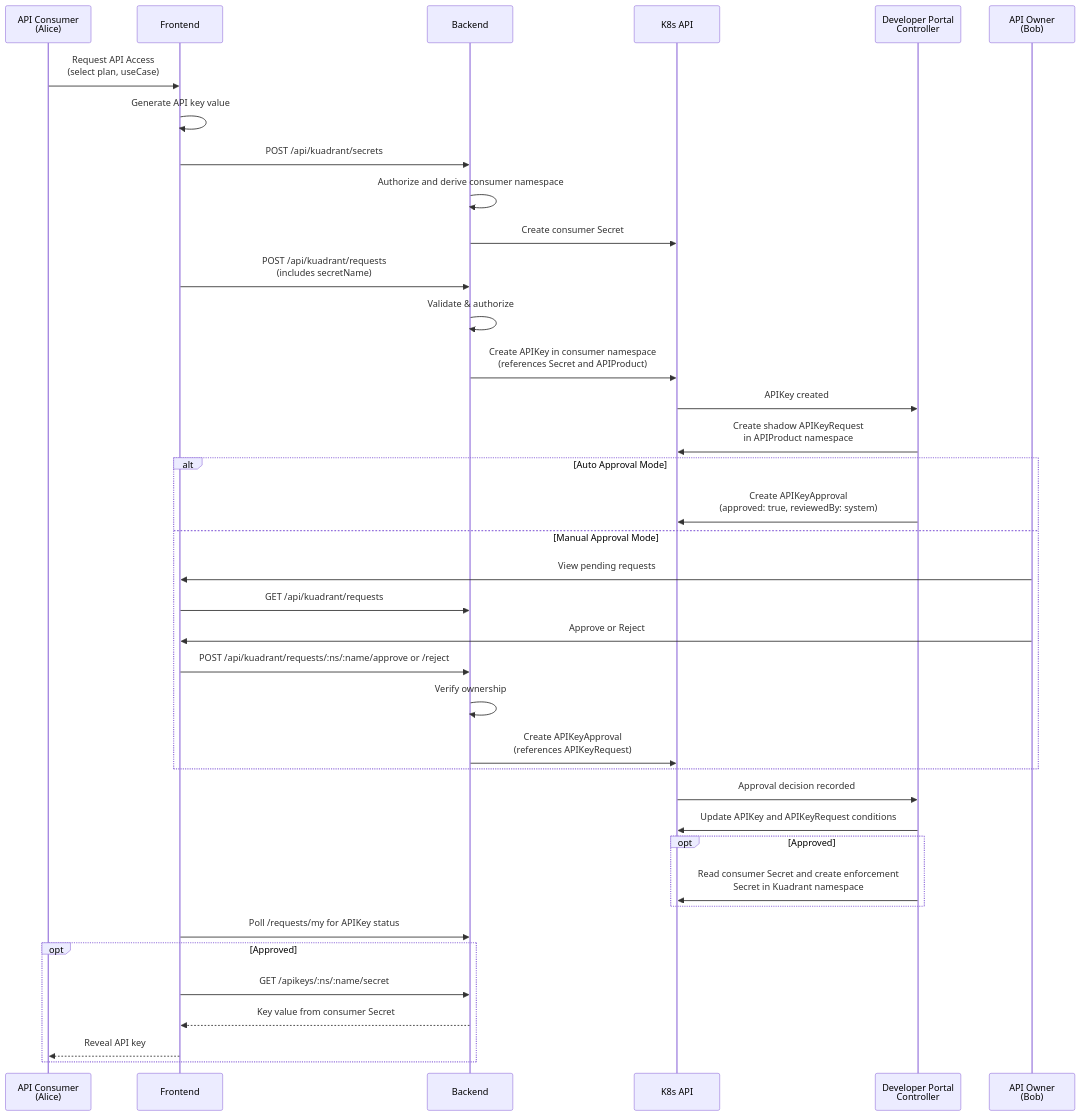
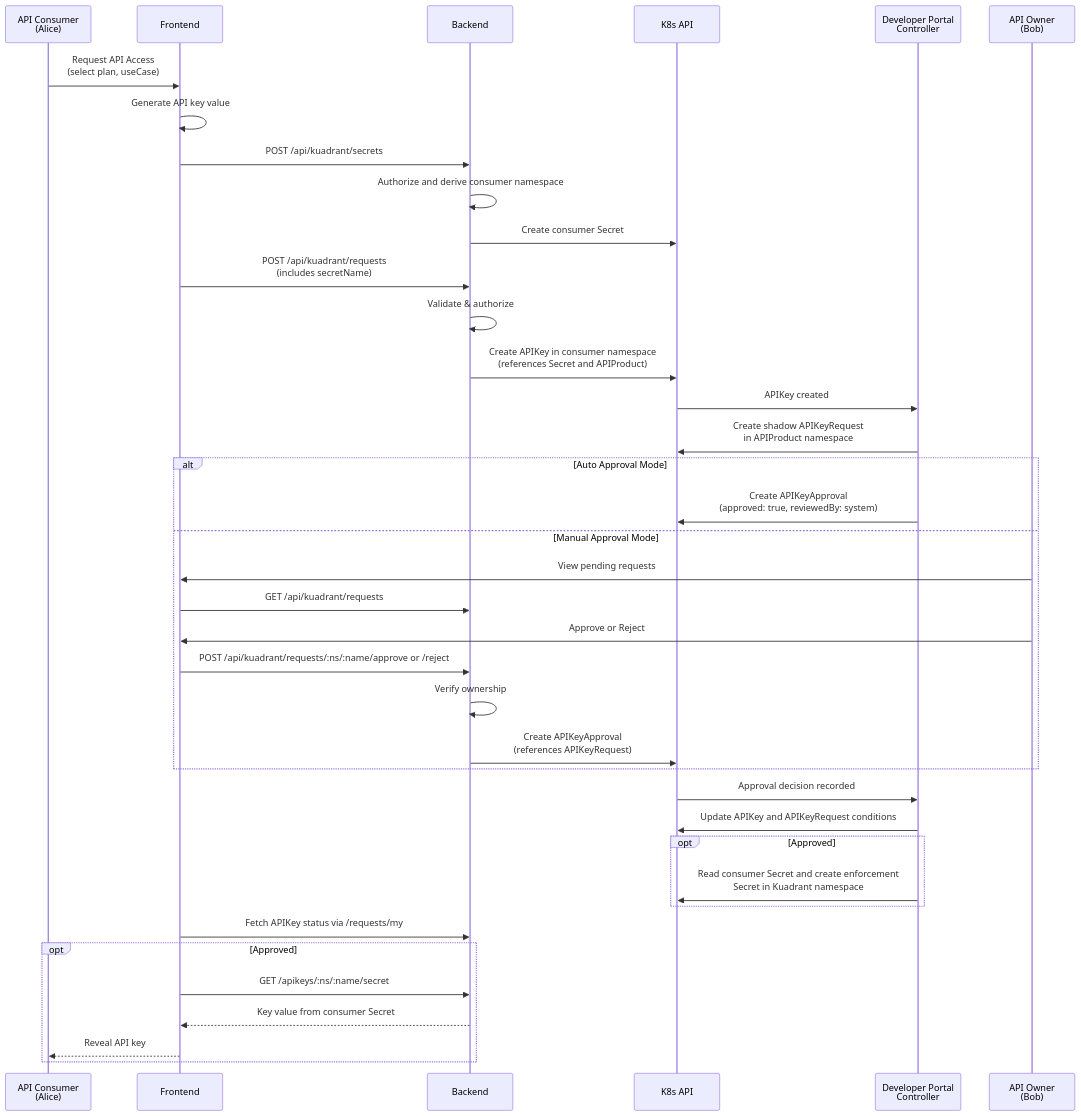
The second of 4 diagrams in docs/plugin-architecture.md (Kuadrant/kuadrant-backstage-plugin), drawn with Mermaid before and after one commit.

Commit message:
fixup! docs: correct API key approval and Secret lifecycle

````diff
--- a/docs/plugin-architecture.md
+++ b/docs/plugin-architecture.md
@@ -114,43 +114,43 @@
 ```mermaid
 sequenceDiagram
     participant Consumer as API Consumer<br/>(Alice)
     participant FE as Frontend
     participant BE as Backend
     participant K8s as K8s API
     participant DPC as Developer Portal<br/>Controller
     participant Owner as API Owner<br/>(Bob)
 
     Consumer->>FE: Request API Access<br/>(select plan, useCase)
     FE->>FE: Generate API key value
     FE->>BE: POST /api/kuadrant/secrets
     BE->>BE: Authorize and derive consumer namespace
     BE->>K8s: Create consumer Secret
     FE->>BE: POST /api/kuadrant/requests<br/>(includes secretName)
     BE->>BE: Validate & authorize
     BE->>K8s: Create APIKey in consumer namespace<br/>(references Secret and APIProduct)
     K8s->>DPC: APIKey created
     DPC->>K8s: Create shadow APIKeyRequest<br/>in APIProduct namespace
 
     alt Auto Approval Mode
         DPC->>K8s: Create APIKeyApproval<br/>(approved: true, reviewedBy: system)
     else Manual Approval Mode
         Owner->>FE: View pending requests
         FE->>BE: GET /api/kuadrant/requests
         Owner->>FE: Approve or Reject
         FE->>BE: POST /api/kuadrant/requests/:ns/:name/approve or /reject
         BE->>BE: Verify ownership
         BE->>K8s: Create APIKeyApproval<br/>(references APIKeyRequest)
     end
 
     K8s->>DPC: Approval decision recorded
     DPC->>K8s: Update APIKey and APIKeyRequest conditions
     opt Approved
         DPC->>K8s: Read consumer Secret and create enforcement<br/>Secret in Kuadrant namespace
     end
-    FE->>BE: Poll /requests/my for APIKey status
+    FE->>BE: Fetch APIKey status via /requests/my
     opt Approved
         FE->>BE: GET /apikeys/:ns/:name/secret
         BE-->>FE: Key value from consumer Secret
         FE-->>Consumer: Reveal API key
     end
 ```
````
